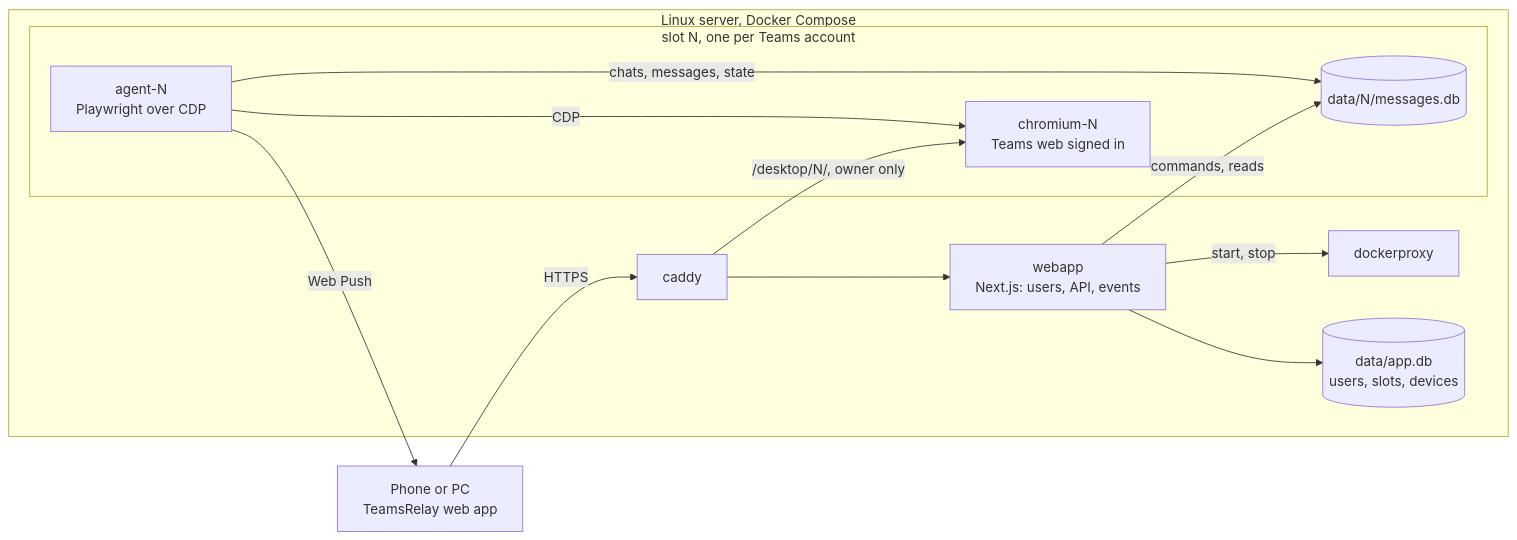
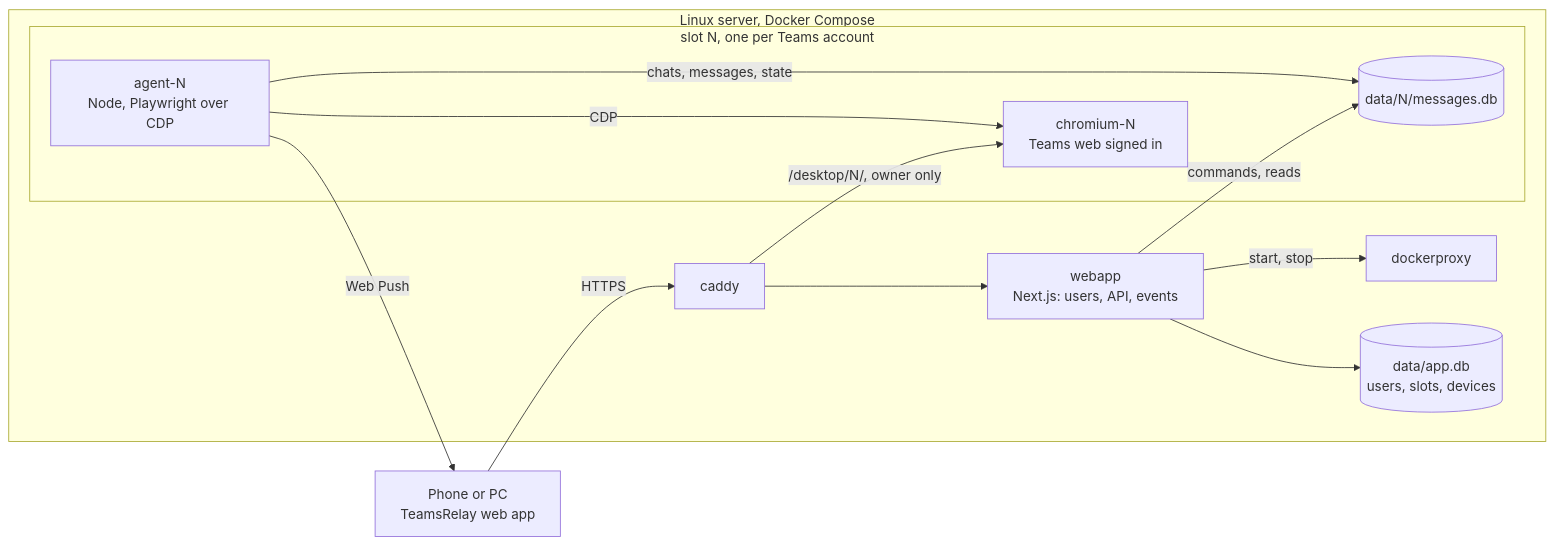
The diagram in README.md (Aptul9/teamsrelay), drawn with Mermaid before and after one commit. The commit also changed other lines of this file and 11 other files, not shown here.

````diff
--- a/README.md
+++ b/README.md
@@ -9,19 +9,19 @@
 ```mermaid
 flowchart LR
   PH["Phone or PC<br/>TeamsRelay web app"] -- HTTPS --> CA["caddy"]
   subgraph Server["Linux server, Docker Compose"]
     CA --> WA["webapp<br/>Next.js: users, API, events"]
     CA -- "/desktop/N/, owner only" --> CH
     subgraph Slot["slot N, one per Teams account"]
       CH["chromium-N<br/>Teams web signed in"]
-      AG["agent-N<br/>Playwright over CDP"]
+      AG["agent-N<br/>Node, Playwright over CDP"]
       DB[("data/N/messages.db")]
     end
     WA -- "commands, reads" --> DB
     AG -- "chats, messages, state" --> DB
     AG -- CDP --> CH
     WA -- "start, stop" --> DP["dockerproxy"]
     WA --> APP[("data/app.db<br/>users, slots, devices")]
   end
   AG -- "Web Push" --> PH
 ```
````
